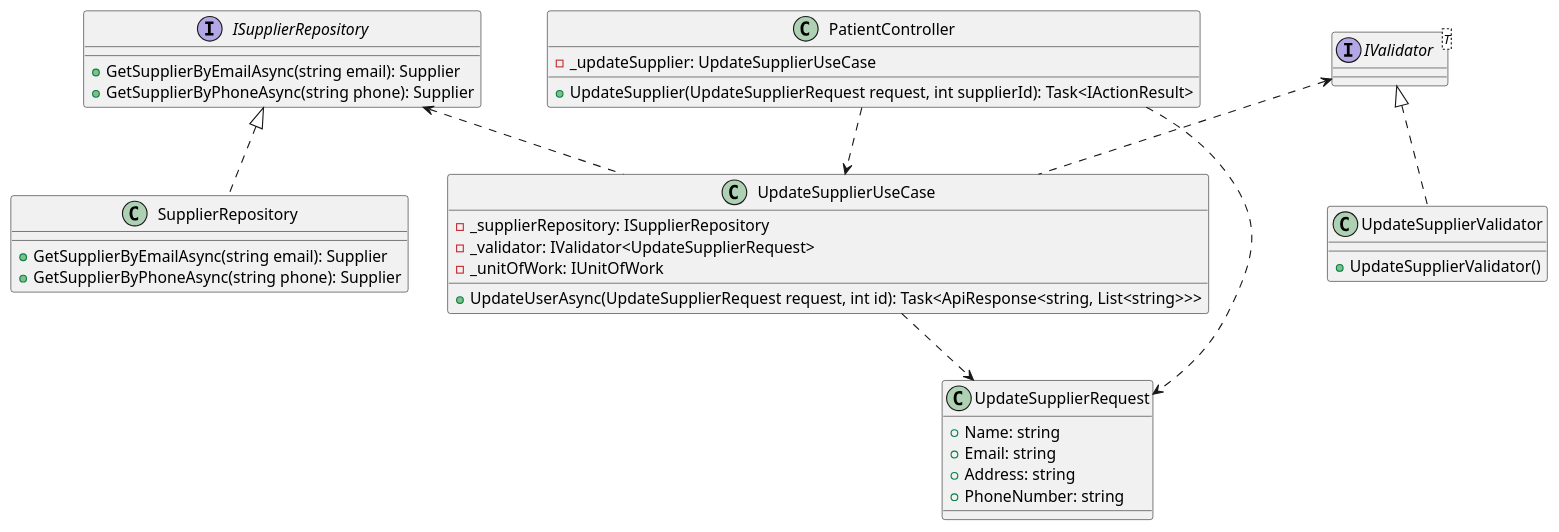
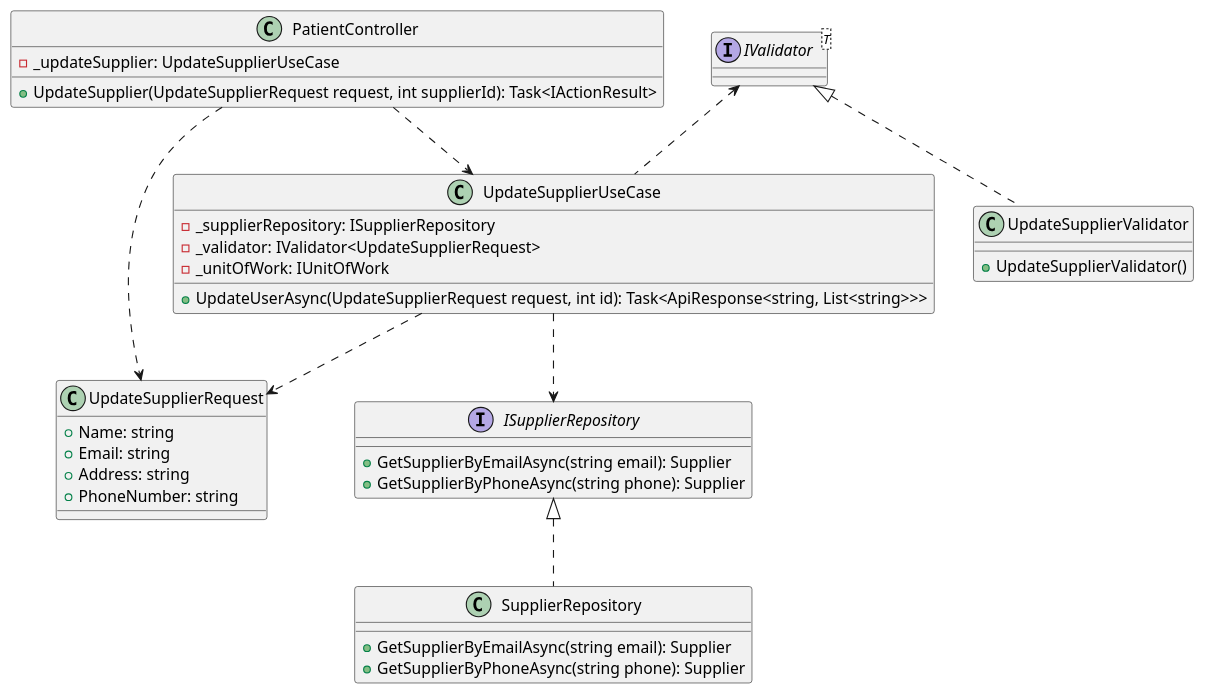
Before and after one commit to jang1902/SEP490_Sequence: the diagram in ClassDiagram/Supplier/UpdateSupplierUseCase.puml, drawn with PlantUML. The commit also changed 14 other files, not shown here.

```diff
--- a/ClassDiagram/Supplier/UpdateSupplierUseCase.puml
+++ b/ClassDiagram/Supplier/UpdateSupplierUseCase.puml
@@ -1,46 +1,46 @@
 @startuml
 interface ISupplierRepository{
 +GetSupplierByEmailAsync(string email): Supplier
 +GetSupplierByPhoneAsync(string phone): Supplier
 }
 interface IValidator<T>
 
 class SupplierRepository {
 +GetSupplierByEmailAsync(string email): Supplier
 +GetSupplierByPhoneAsync(string phone): Supplier
 }
 
 class UpdateSupplierUseCase {
   - _supplierRepository: ISupplierRepository
   - _validator: IValidator<UpdateSupplierRequest>
   - _unitOfWork: IUnitOfWork
   + UpdateUserAsync(UpdateSupplierRequest request, int id): Task<ApiResponse<string, List<string>>>
 }
 
 class UpdateSupplierValidator {
   + UpdateSupplierValidator()
 }
 
 class PatientController {
   - _updateSupplier: UpdateSupplierUseCase
   + UpdateSupplier(UpdateSupplierRequest request, int supplierId): Task<IActionResult>
 }
 
 class UpdateSupplierRequest {
   + Name: string
   + Email: string
   + Address: string
   + PhoneNumber: string
 }
 
 
 ISupplierRepository <|.. SupplierRepository
-ISupplierRepository <.. UpdateSupplierUseCase
+UpdateSupplierUseCase ..> ISupplierRepository
 IValidator <|.. UpdateSupplierValidator
 IValidator <.. UpdateSupplierUseCase
 
 
 UpdateSupplierUseCase ..> UpdateSupplierRequest
 PatientController ..> UpdateSupplierUseCase
 PatientController ..> UpdateSupplierRequest
 @enduml
```
